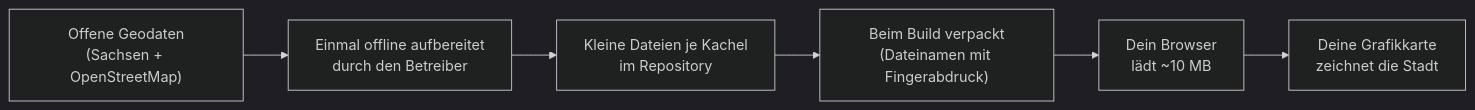
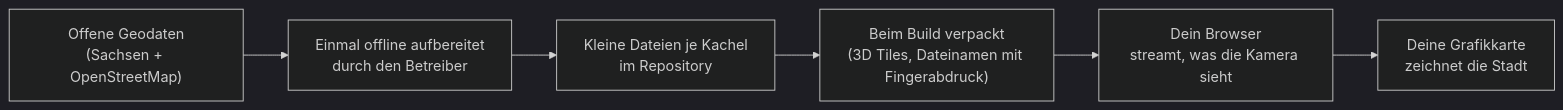
One commit to mdugue/bridge changed the first of 2 diagrams in docs/guide/de/how-it-works.md. Above: the diagram before and after it, drawn with Mermaid (dark theme). The commit also changed other lines of this file and 9 other files, not shown here.

````diff
--- a/docs/guide/de/how-it-works.md
+++ b/docs/guide/de/how-it-works.md
@@ -32,8 +33,8 @@
 ```mermaid
 flowchart LR
   A["Offene Geodaten<br/>(Sachsen + OpenStreetMap)"] --> B["Einmal offline aufbereitet<br/>durch den Betreiber"]
   B --> C["Kleine Dateien je Kachel<br/>im Repository"]
-  C --> D["Beim Build verpackt<br/>(Dateinamen mit Fingerabdruck)"]
-  D --> E["Dein Browser<br/>lädt ~10 MB"]
+  C --> D["Beim Build verpackt<br/>(3D Tiles, Dateinamen mit Fingerabdruck)"]
+  D --> E["Dein Browser<br/>streamt, was die Kamera sieht"]
   E --> F["Deine Grafikkarte<br/>zeichnet die Stadt"]
 ```
````
